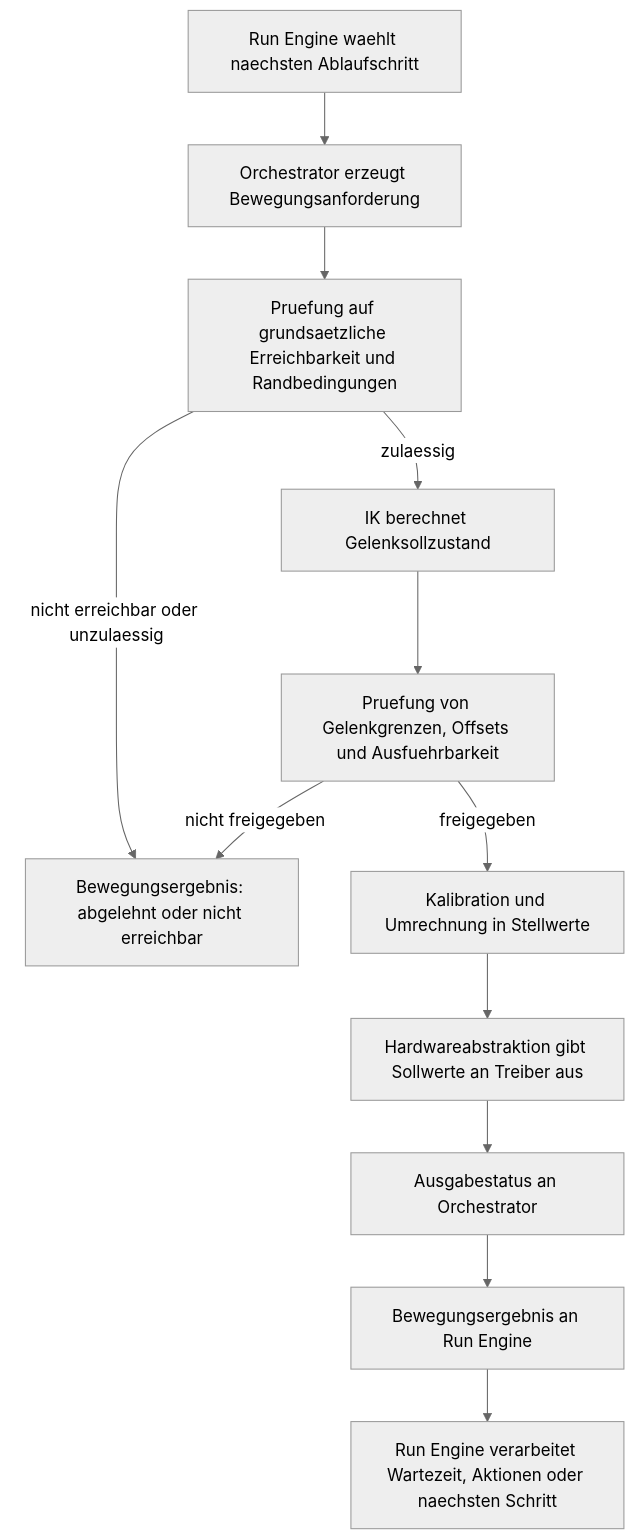
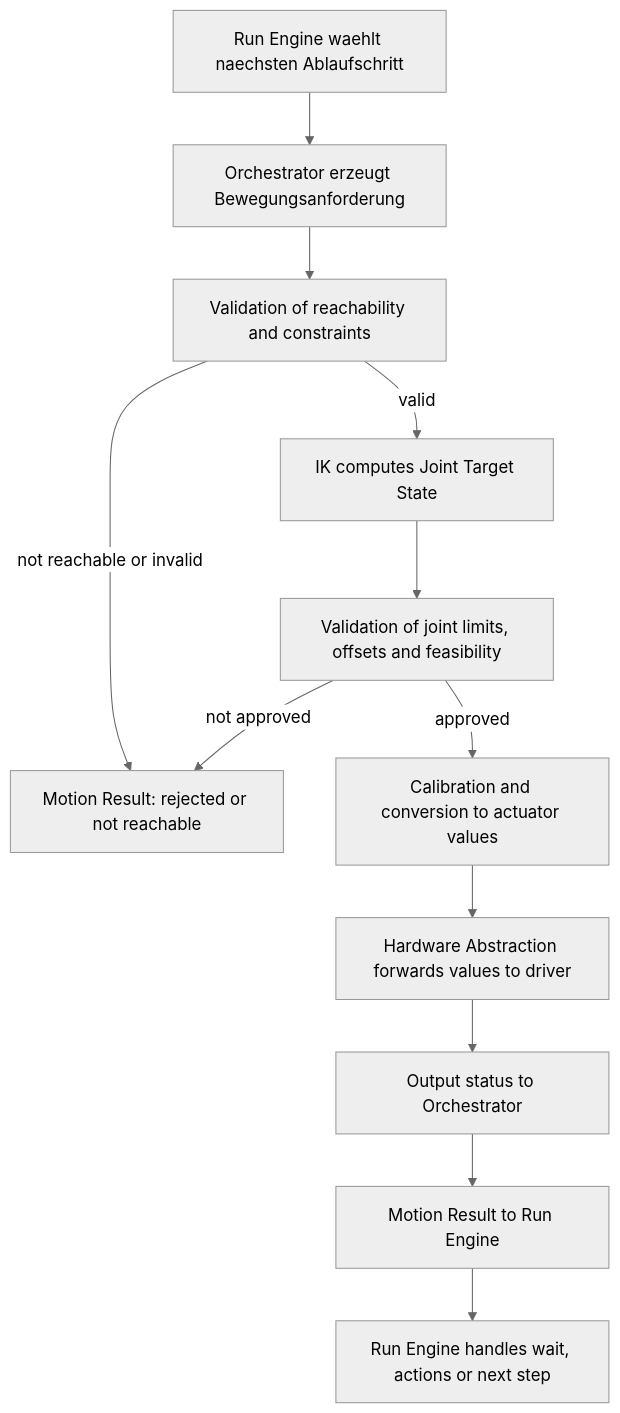
Before and after one commit to butz1999/inverse_kinematik: the seventh of 7 diagrams in doc/projektbeschreibung.md, drawn with Mermaid (neutral theme). The commit also changed other lines of this file, not shown here.

````diff
--- a/doc/projektbeschreibung.md
+++ b/doc/projektbeschreibung.md
@@ -543,14 +543,14 @@
 ```mermaid
 flowchart TD
     A[Run Engine waehlt naechsten Ablaufschritt] --> B[Orchestrator erzeugt Bewegungsanforderung]
-    B --> C[Pruefung auf grundsaetzliche Erreichbarkeit und Randbedingungen]
-    C -->|nicht erreichbar oder unzulaessig| D[Bewegungsergebnis: abgelehnt oder nicht erreichbar]
-    C -->|zulaessig| E[IK berechnet Gelenksollzustand]
-    E --> F[Pruefung von Gelenkgrenzen, Offsets und Ausfuehrbarkeit]
-    F -->|nicht freigegeben| D
-    F -->|freigegeben| G[Kalibration und Umrechnung in Stellwerte]
-    G --> H[Hardwareabstraktion gibt Sollwerte an Treiber aus]
-    H --> I[Ausgabestatus an Orchestrator]
-    I --> J[Bewegungsergebnis an Run Engine]
-    J --> K[Run Engine verarbeitet Wartezeit, Aktionen oder naechsten Schritt]
+    B --> C[Validation of reachability and constraints]
+    C -->|not reachable or invalid| D[Motion Result: rejected or not reachable]
+    C -->|valid| E[IK computes Joint Target State]
+    E --> F[Validation of joint limits, offsets and feasibility]
+    F -->|not approved| D
+    F -->|approved| G[Calibration and conversion to actuator values]
+    G --> H[Hardware Abstraction forwards values to driver]
+    H --> I[Output status to Orchestrator]
+    I --> J[Motion Result to Run Engine]
+    J --> K[Run Engine handles wait, actions or next step]
 ```
````
